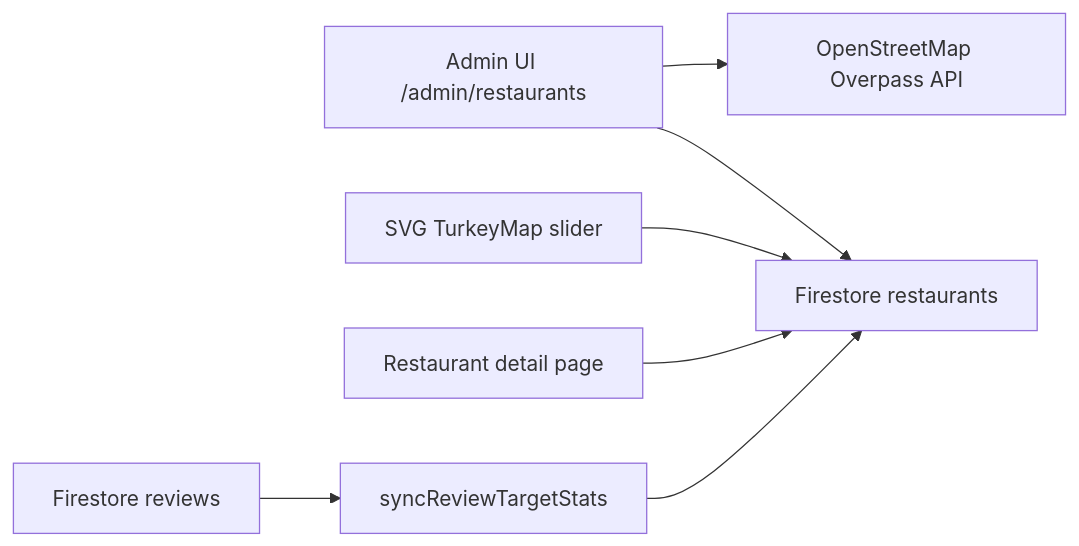
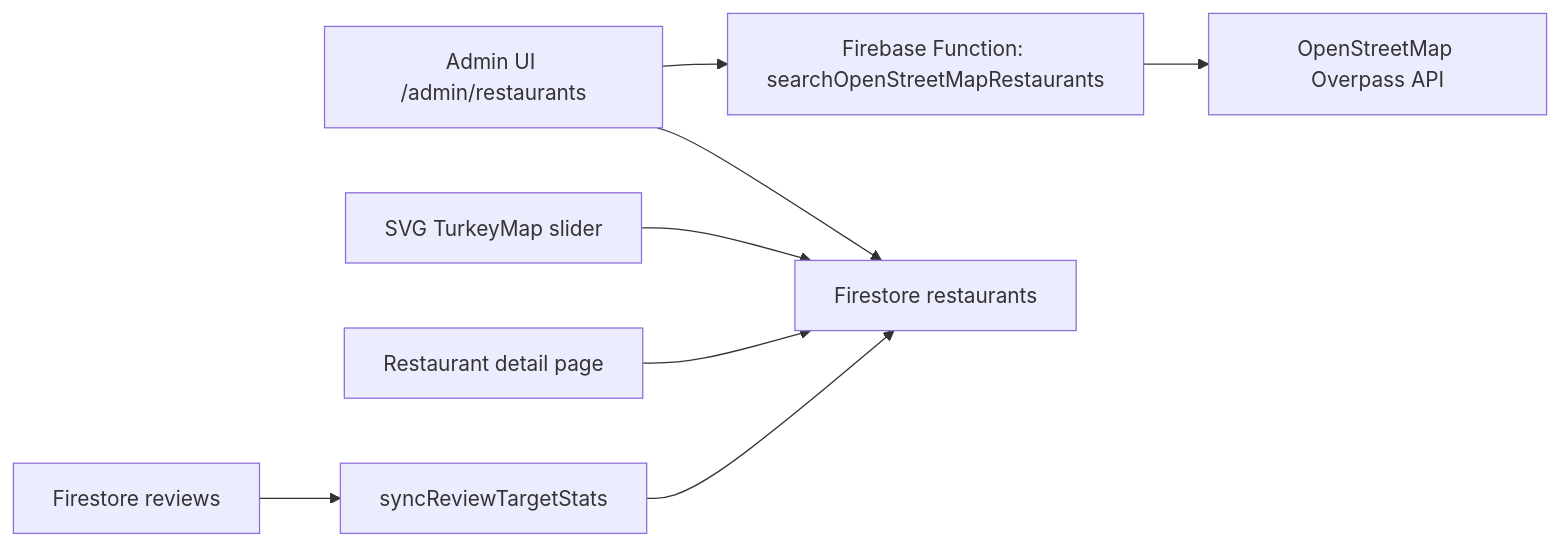
One commit to emiraydnx/yoresel_lezzetler changed the first of 2 diagrams in docs/restaurant-location-api-plan.md. Above: the diagram before and after it, drawn with Mermaid. The commit also changed other lines of this file and 10 other files, not shown here.

Commit message:
recaptcha,google sign-in eklentileri import edildi.openStreetMap ile domain üzerinden admin girişi yapıldığında veri çekebiliyor.

````diff
--- a/docs/restaurant-location-api-plan.md
+++ b/docs/restaurant-location-api-plan.md
@@ -9,9 +9,10 @@
 ```mermaid
 flowchart LR
-  Admin["Admin UI /admin/restaurants"] --> Overpass["OpenStreetMap Overpass API"]
+  Admin["Admin UI /admin/restaurants"] --> Fn["Firebase Function: searchOpenStreetMapRestaurants"]
+  Fn --> Overpass["OpenStreetMap Overpass API"]
   Admin --> Firestore["Firestore restaurants"]
   Slider["SVG TurkeyMap slider"] --> Firestore
   Detail["Restaurant detail page"] --> Firestore
   Reviews["Firestore reviews"] --> Stats["syncReviewTargetStats"]
   Stats --> Firestore
 ```
````
